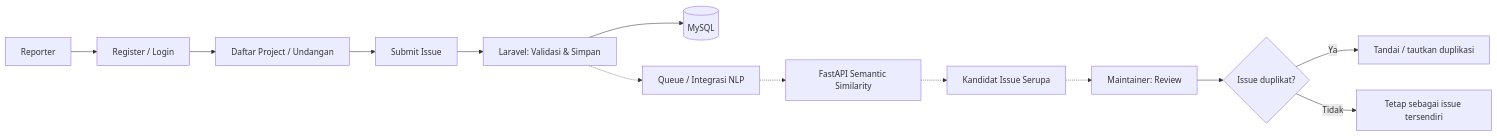
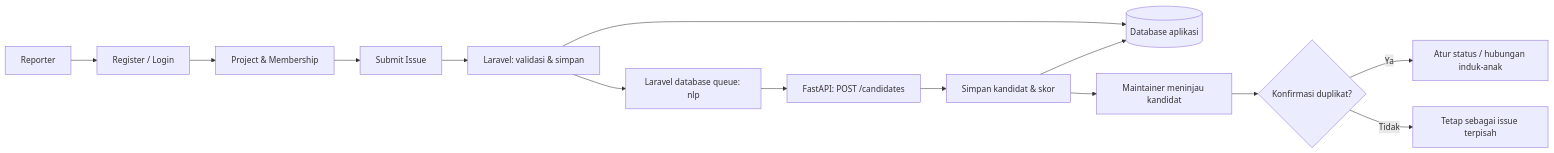
The diagram in README.md (AgilePemdigi-2026/DupIssue), drawn with Mermaid before and after one commit. The commit also changed other lines of this file, not shown here.

First line of the commit message:
Revise README for clarity and updated project status

````diff
--- a/README.md
+++ b/README.md
@@ -56,15 +45,16 @@
 ```mermaid
 flowchart LR
     A["Reporter"] --> B["Register / Login"]
-    B --> C["Daftar Project / Undangan"]
+    B --> C["Project & Membership"]
     C --> D["Submit Issue"]
-    D --> E["Laravel: Validasi & Simpan"]
-    E --> F[("MySQL")]
-    E -.-> G["Queue / Integrasi NLP"]
-    G -.-> H["FastAPI Semantic Similarity"]
-    H -.-> I["Kandidat Issue Serupa"]
-    I -.-> J["Maintainer: Review"]
-    J --> K{"Issue duplikat?"}
-    K -->|Ya| L["Tandai / tautkan duplikasi"]
-    K -->|Tidak| M["Tetap sebagai issue tersendiri"]
+    D --> E["Laravel: validasi & simpan"]
+    E --> DB[("Database aplikasi")]
+    E --> Q["Laravel database queue: nlp"]
+    Q --> NLP["FastAPI: POST /candidates"]
+    NLP --> R["Simpan kandidat & skor"]
+    R --> DB
+    R --> M["Maintainer meninjau kandidat"]
+    M --> H{"Konfirmasi duplikat?"}
+    H -->|Ya| Y["Atur status / hubungan induk-anak"]
+    H -->|Tidak| N["Tetap sebagai issue terpisah"]
 ```
````
